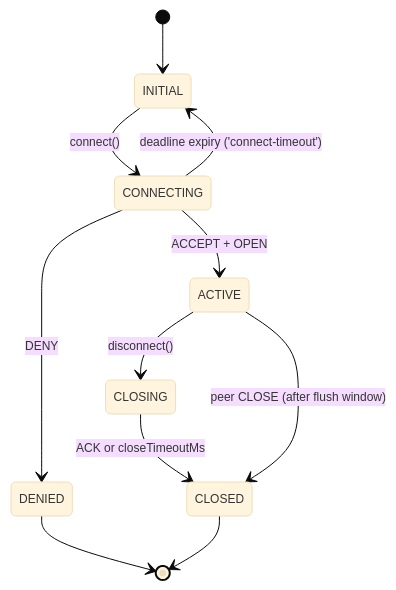
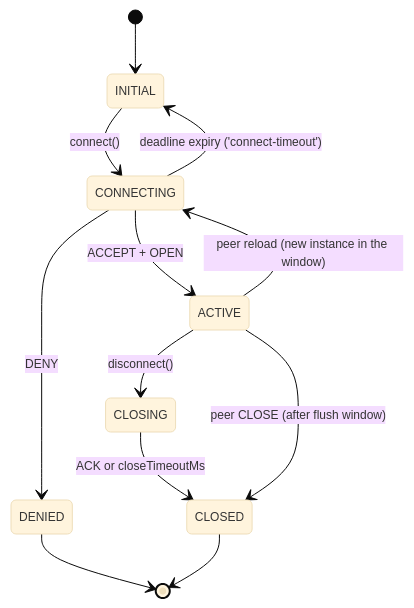
The sixth of 8 diagrams in libs/nexus/ARCHITECTURE.md (AndrewRedican/hyperfrontend), drawn with Mermaid before and after one commit. The commit also changed other lines of this file and 20 other files, not shown here.

````diff
--- a/libs/nexus/ARCHITECTURE.md
+++ b/libs/nexus/ARCHITECTURE.md
@@ -360,19 +389,20 @@
 ```mermaid
 ---
 config:
   theme: base
   themeVariables:
     fontSize: 12px
 ---
 stateDiagram-v2
     [*] --> INITIAL
     INITIAL --> CONNECTING: connect()
     CONNECTING --> DENIED: DENY
     CONNECTING --> INITIAL: deadline expiry ('connect-timeout')
     CONNECTING --> ACTIVE: ACCEPT + OPEN
     ACTIVE --> CLOSING: disconnect()
     CLOSING --> CLOSED: ACK or closeTimeoutMs
     ACTIVE --> CLOSED: peer CLOSE (after flush window)
+    ACTIVE --> CONNECTING: peer reload (new instance in the window)
     DENIED --> [*]
     CLOSED --> [*]
 ```
````
